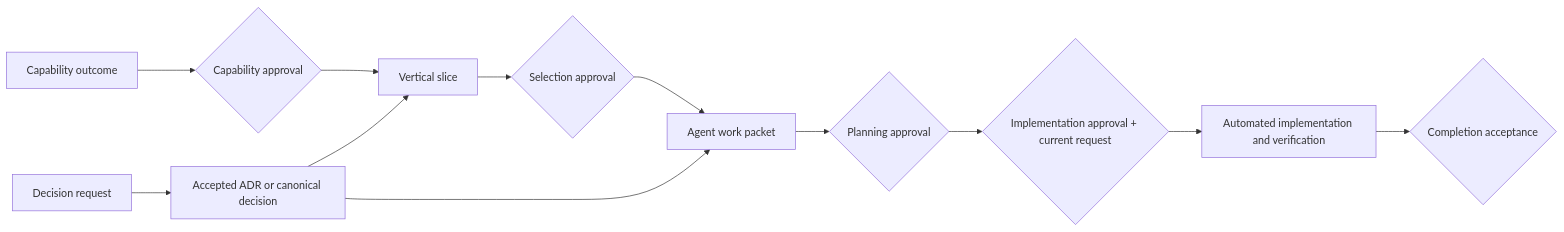
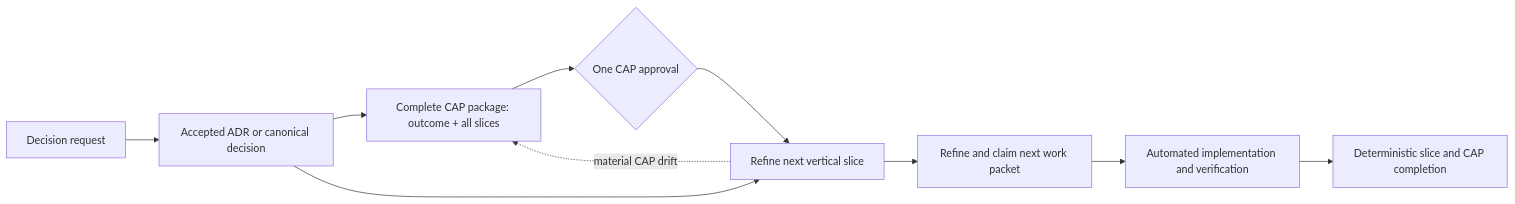
Before and after one commit to jeffreywallphd-ai/financial-ai-academy: the diagram in docs/planning/README.md, drawn with Mermaid. The commit also changed other lines of this file and 110 other files, not shown here.

````diff
--- a/docs/planning/README.md
+++ b/docs/planning/README.md
@@ -71,14 +71,12 @@
 ```mermaid
 flowchart LR
-    C["Capability outcome"] --> CA{"Capability approval"}
-    CA --> S["Vertical slice"]
-    S --> SA{"Selection approval"}
-    SA --> W["Agent work packet"]
+    C["Complete CAP package: outcome + all slices"] --> CA{"One CAP approval"}
+    CA --> S["Refine next vertical slice"]
+    S --> W["Refine and claim next work packet"]
     D["Decision request"] --> A["Accepted ADR or canonical decision"]
+    A --> C
     A --> S
-    A --> W
-    W --> PA{"Planning approval"}
-    PA --> IA{"Implementation approval + current request"}
-    IA --> E["Automated implementation and verification"]
-    E --> CO{"Completion acceptance"}
+    W --> E["Automated implementation and verification"]
+    E --> CO["Deterministic slice and CAP completion"]
+    S -. "material CAP drift" .-> C
 ```
````
